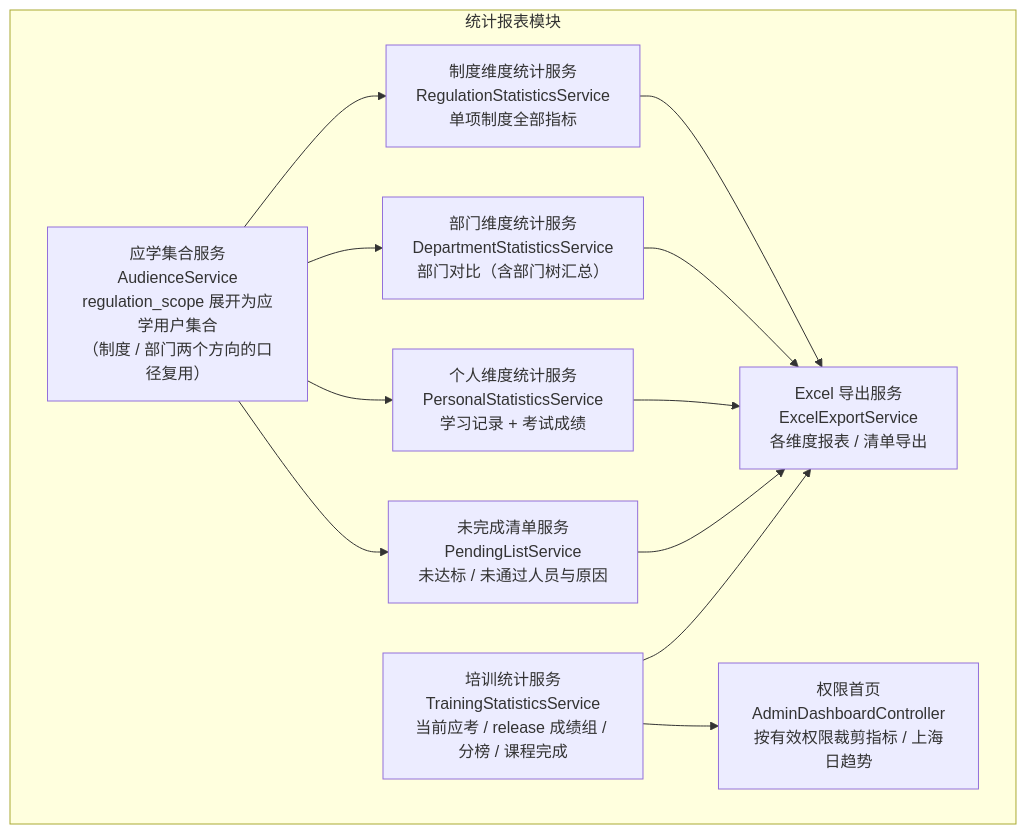
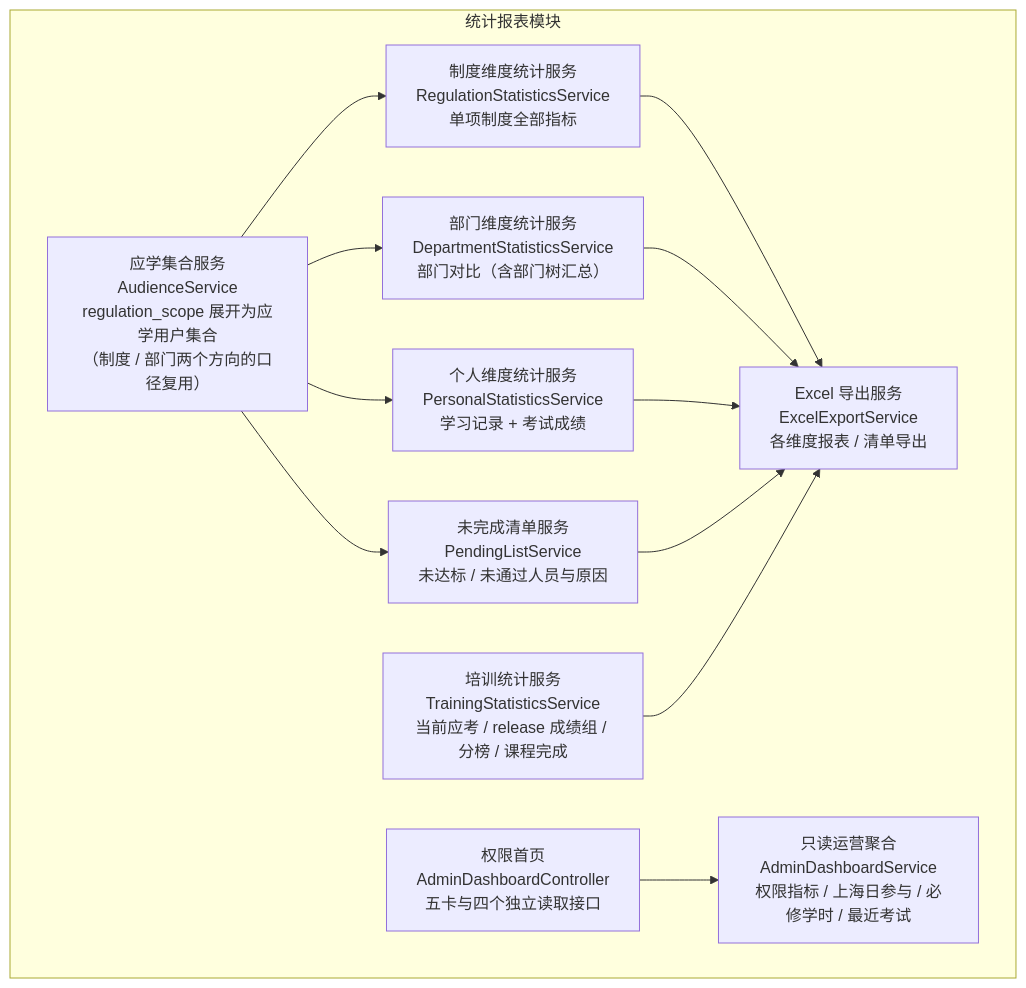
Before and after one commit to caoguanjie/emodor-exam: diagram 14 of 14 in docs/design/05-模块设计.md, drawn with Mermaid. The commit also changed other lines of this file and 187 other files, not shown here.

````diff
--- a/docs/design/05-模块设计.md
+++ b/docs/design/05-模块设计.md
@@ -1147,23 +1155,24 @@
 ```mermaid
 graph TB
     subgraph MOD6["统计报表模块"]
         CAL["应学集合服务<br/>AudienceService<br/>regulation_scope 展开为应学用户集合<br/>（制度 / 部门两个方向的口径复用）"]
         DIM1["制度维度统计服务<br/>RegulationStatisticsService<br/>单项制度全部指标"]
         DIM2["部门维度统计服务<br/>DepartmentStatisticsService<br/>部门对比（含部门树汇总）"]
         DIM3["个人维度统计服务<br/>PersonalStatisticsService<br/>学习记录 + 考试成绩"]
         LIST["未完成清单服务<br/>PendingListService<br/>未达标 / 未通过人员与原因"]
         XLS["Excel 导出服务<br/>ExcelExportService<br/>各维度报表 / 清单导出"]
         TRAIN["培训统计服务<br/>TrainingStatisticsService<br/>当前应考 / release 成绩组 / 分榜 / 课程完成"]
-        HOME["权限首页<br/>AdminDashboardController<br/>按有效权限裁剪指标 / 上海日趋势"]
+        HOME["权限首页<br/>AdminDashboardController<br/>五卡与四个独立读取接口"]
+        DASH["只读运营聚合<br/>AdminDashboardService<br/>权限指标 / 上海日参与 / 必修学时 / 最近考试"]
     end
     CAL --> DIM1
     CAL --> DIM2
     CAL --> DIM3
     CAL --> LIST
     DIM1 --> XLS
     DIM2 --> XLS
     DIM3 --> XLS
     LIST --> XLS
     TRAIN --> XLS
-    TRAIN --> HOME
+    HOME --> DASH
 ```
````
